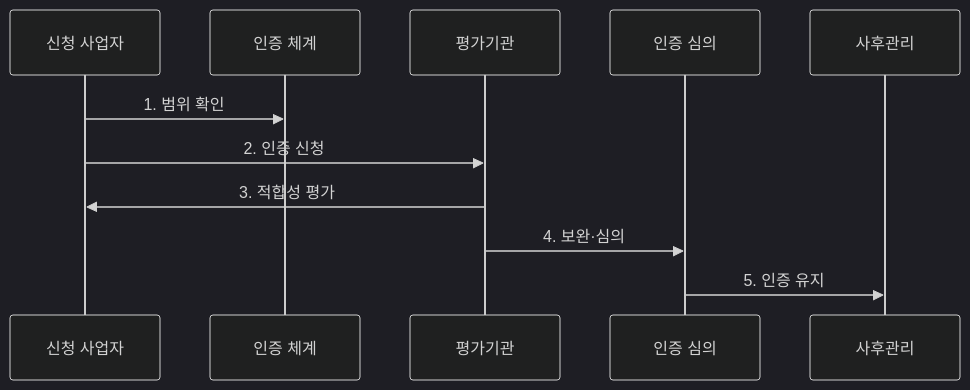
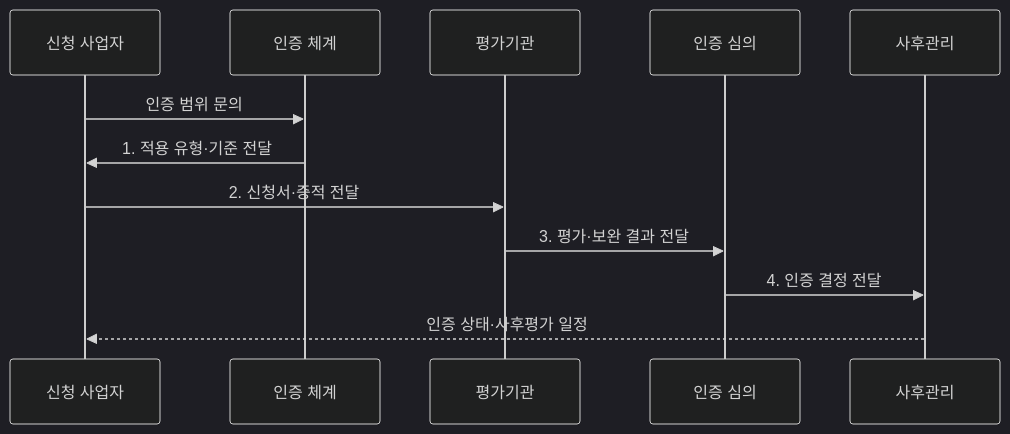
Before and after one commit to agnusdei1207/knowledge-base: the second of 2 diagrams in src/content/docs/notes/08-latest-tech/184_csap.md, drawn with Mermaid (dark theme). The commit also changed other lines of this file and 225 other files, not shown here.

````diff
--- a/src/content/docs/notes/08-latest-tech/184_csap.md
+++ b/src/content/docs/notes/08-latest-tech/184_csap.md
@@ -75,13 +77,14 @@
 ```mermaid
 sequenceDiagram
   participant A as 신청 사업자
   participant S as 인증 체계
   participant E as 평가기관
   participant C as 인증 심의
   participant M as 사후관리
-  A->>S: 1. 범위 확인
-  A->>E: 2. 인증 신청
-  E->>A: 3. 적합성 평가
-  E->>C: 4. 보완·심의
-  C->>M: 5. 인증 유지
+  A->>S: 인증 범위 문의
+  S->>A: 1. 적용 유형·기준 전달
+  A->>E: 2. 신청서·증적 전달
+  E->>C: 3. 평가·보완 결과 전달
+  C->>M: 4. 인증 결정 전달
+  M-->>A: 인증 상태·사후평가 일정
 ```
````
